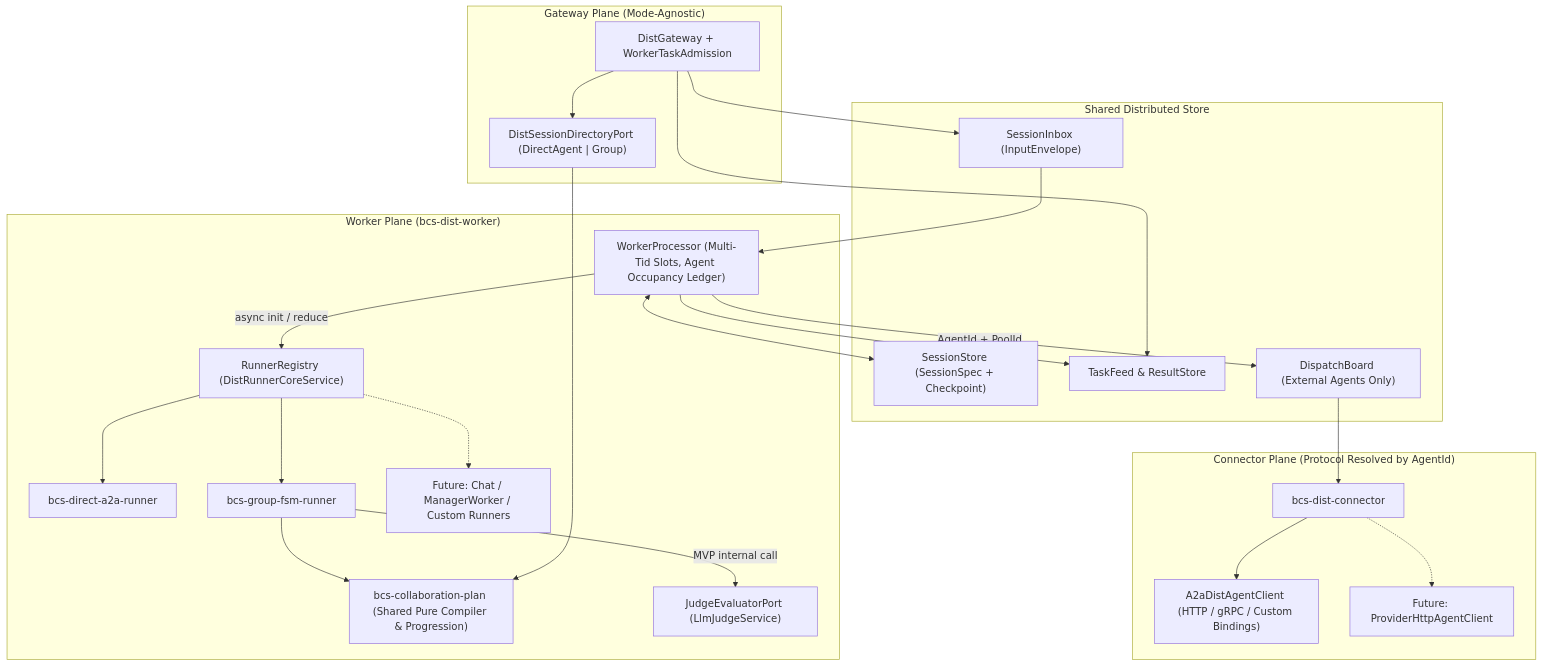
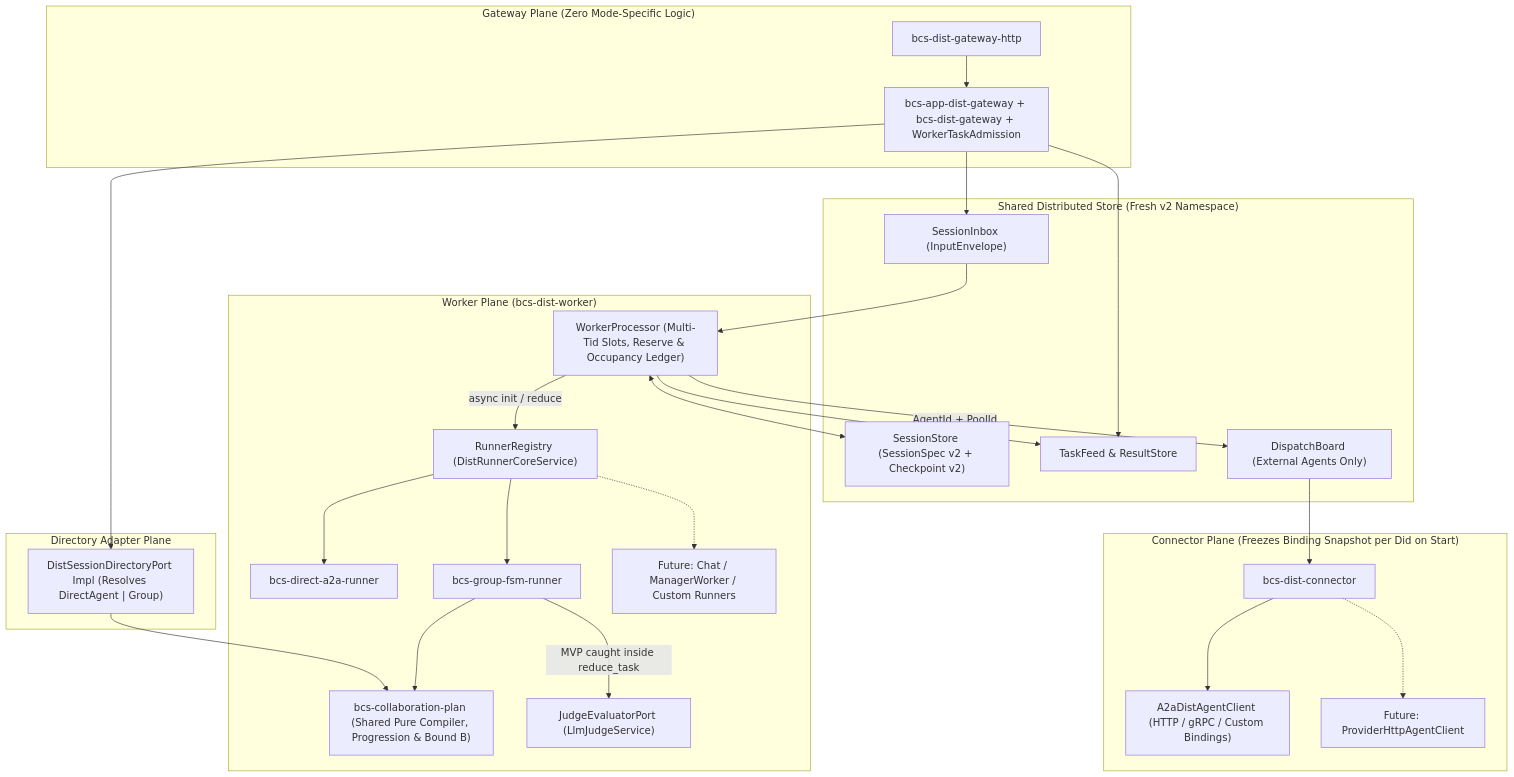
One commit to inclusionAI/Avernet changed the diagram in apps/bcs/specs/2026-11-26-distributed-runner-spi/spec.md. Above: the diagram before and after it, drawn with Mermaid. The commit also changed other lines of this file, not shown here.

Commit message:
docs(bcs): address review feedback on distributed runner SPI spec

````diff
--- a/apps/bcs/specs/2026-11-26-distributed-runner-spi/spec.md
+++ b/apps/bcs/specs/2026-11-26-distributed-runner-spi/spec.md
@@ -50,48 +50,53 @@
 ```mermaid
 flowchart TB
-    subgraph GatewayPlane["Gateway Plane (Mode-Agnostic)"]
-        GW_APP["DistGateway + WorkerTaskAdmission"]
-        DIR["DistSessionDirectoryPort (DirectAgent | Group)"]
+    subgraph GatewayPlane["Gateway Plane (Zero Mode-Specific Logic)"]
+        GW_HTTP["bcs-dist-gateway-http"]
+        GW_APP["bcs-app-dist-gateway + bcs-dist-gateway + WorkerTaskAdmission"]
     end
 
-    subgraph SharedStore["Shared Distributed Store"]
+    subgraph DirectoryPlane["Directory Adapter Plane"]
+        DIR["DistSessionDirectoryPort Impl (Resolves DirectAgent | Group)"]
+    end
+
+    subgraph SharedStore["Shared Distributed Store (Fresh v2 Namespace)"]
         INBOX["SessionInbox (InputEnvelope)"]
-        CP["SessionStore (SessionSpec + Checkpoint)"]
+        CP["SessionStore (SessionSpec v2 + Checkpoint v2)"]
         FEED["TaskFeed & ResultStore"]
         DBOARD["DispatchBoard (External Agents Only)"]
     end
 
     subgraph WorkerPlane["Worker Plane (bcs-dist-worker)"]
-        PROC["WorkerProcessor (Multi-Tid Slots, Agent Occupancy Ledger)"]
+        PROC["WorkerProcessor (Multi-Tid Slots, Reserve & Occupancy Ledger)"]
         ROUTER["RunnerRegistry (DistRunnerCoreService)"]
         R_A2A["bcs-direct-a2a-runner"]
         R_FSM["bcs-group-fsm-runner"]
         R_FUTURE["Future: Chat / ManagerWorker / Custom Runners"]
-        PLAN["bcs-collaboration-plan (Shared Pure Compiler & Progression)"]
+        PLAN["bcs-collaboration-plan (Shared Pure Compiler, Progression & Bound B)"]
         JUDGE["JudgeEvaluatorPort (LlmJudgeService)"]
     end
 
-    subgraph ConnectorPlane["Connector Plane (Protocol Resolved by AgentId)"]
+    subgraph ConnectorPlane["Connector Plane (Freezes Binding Snapshot per Did on Start)"]
         CONN["bcs-dist-connector"]
         A2A_CLIENT["A2aDistAgentClient (HTTP / gRPC / Custom Bindings)"]
         PROV_CLIENT["Future: ProviderHttpAgentClient"]
     end
 
+    GW_HTTP --> GW_APP
     GW_APP --> DIR
     GW_APP --> INBOX
     GW_APP --> FEED
+    DIR --> PLAN
     INBOX --> PROC
     PROC <--> CP
     PROC --> FEED
     PROC -->|"async init / reduce"| ROUTER
     ROUTER --> R_A2A
     ROUTER --> R_FSM
     ROUTER -.-> R_FUTURE
     R_FSM --> PLAN
-    DIR --> PLAN
-    R_FSM -->|"MVP internal call"| JUDGE
+    R_FSM -->|"MVP caught inside reduce_task"| JUDGE
     PROC -->|"AgentId + PoolId"| DBOARD
     DBOARD --> CONN
     CONN --> A2A_CLIENT
     CONN -.-> PROV_CLIENT
 ```
````
